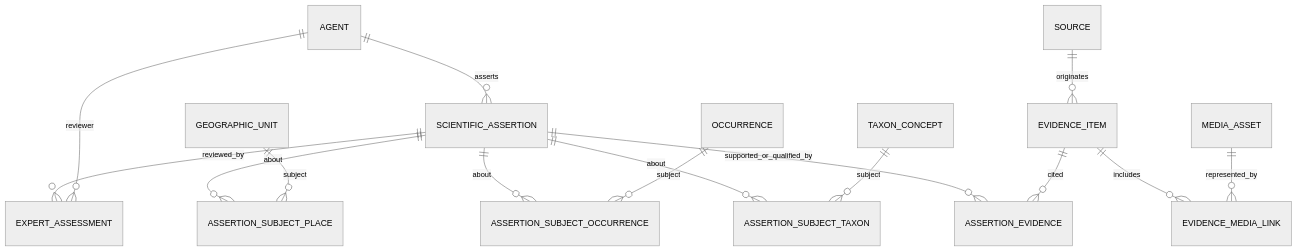
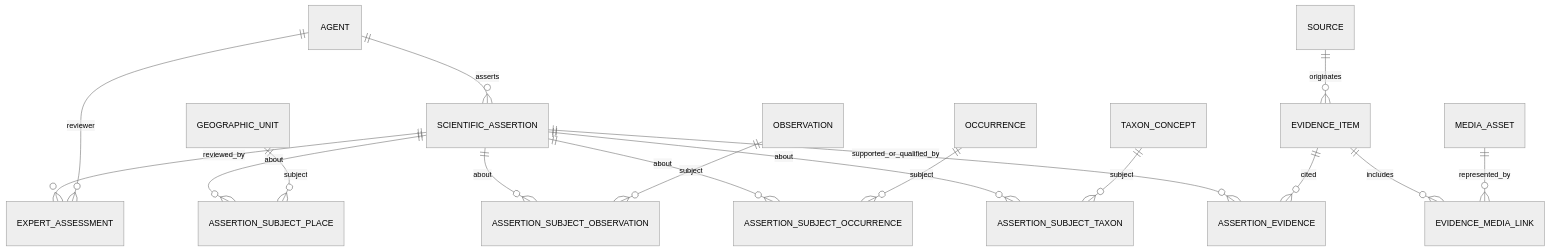
The third of 5 diagrams in docs/architecture/TASK-05C-LOGICAL-DATABASE-MODEL.md (Save-Tiger-First/botanica-indica), drawn with Mermaid (neutral theme) before and after one commit. The commit also changed other lines of this file, not shown here.

Commit message:
Complete typed subject relationships in logical model diagrams

````diff
--- a/docs/architecture/TASK-05C-LOGICAL-DATABASE-MODEL.md
+++ b/docs/architecture/TASK-05C-LOGICAL-DATABASE-MODEL.md
@@ -164,17 +168,19 @@
 ```mermaid
 erDiagram
     AGENT ||--o{ SCIENTIFIC_ASSERTION : asserts
     SCIENTIFIC_ASSERTION ||--o{ ASSERTION_EVIDENCE : supported_or_qualified_by
     EVIDENCE_ITEM ||--o{ ASSERTION_EVIDENCE : cited
     SCIENTIFIC_ASSERTION ||--o{ ASSERTION_SUBJECT_TAXON : about
     TAXON_CONCEPT ||--o{ ASSERTION_SUBJECT_TAXON : subject
     SCIENTIFIC_ASSERTION ||--o{ ASSERTION_SUBJECT_OCCURRENCE : about
     OCCURRENCE ||--o{ ASSERTION_SUBJECT_OCCURRENCE : subject
+    SCIENTIFIC_ASSERTION ||--o{ ASSERTION_SUBJECT_OBSERVATION : about
+    OBSERVATION ||--o{ ASSERTION_SUBJECT_OBSERVATION : subject
     SCIENTIFIC_ASSERTION ||--o{ ASSERTION_SUBJECT_PLACE : about
     GEOGRAPHIC_UNIT ||--o{ ASSERTION_SUBJECT_PLACE : subject
     SCIENTIFIC_ASSERTION ||--o{ EXPERT_ASSESSMENT : reviewed_by
     AGENT ||--o{ EXPERT_ASSESSMENT : reviewer
     EVIDENCE_ITEM ||--o{ EVIDENCE_MEDIA_LINK : includes
     MEDIA_ASSET ||--o{ EVIDENCE_MEDIA_LINK : represented_by
     SOURCE ||--o{ EVIDENCE_ITEM : originates
 ```
````
